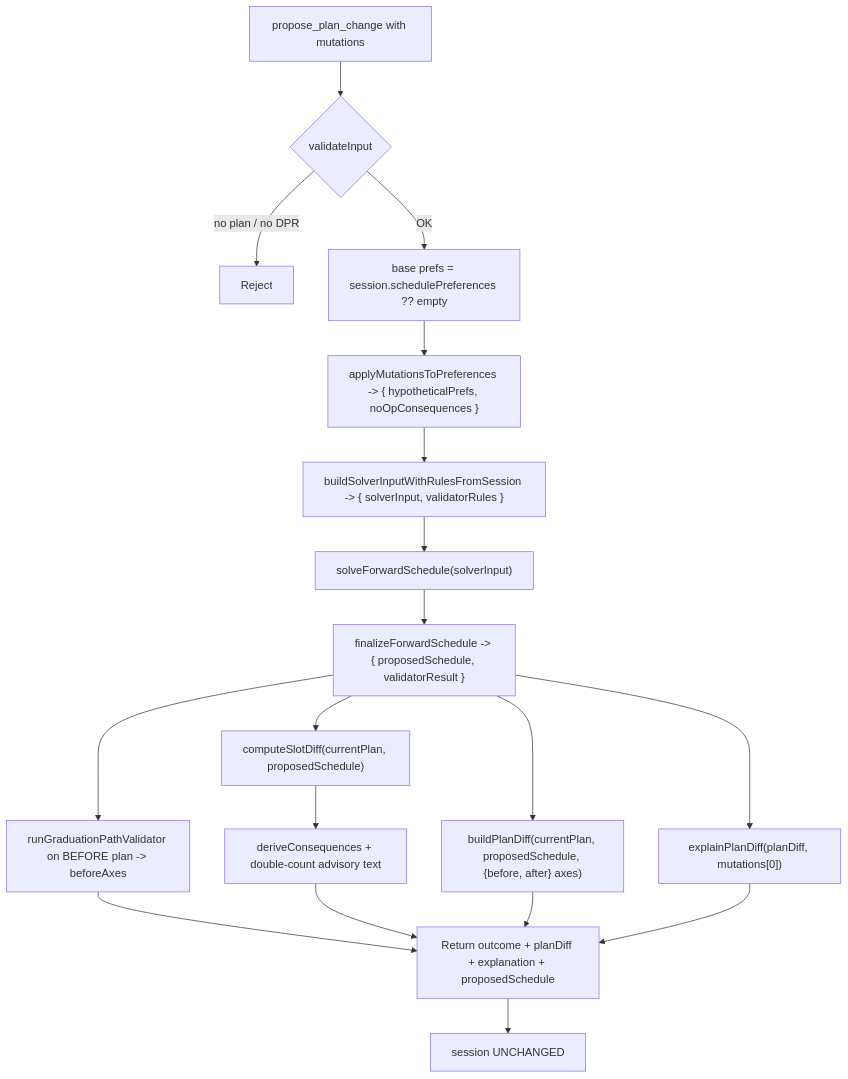
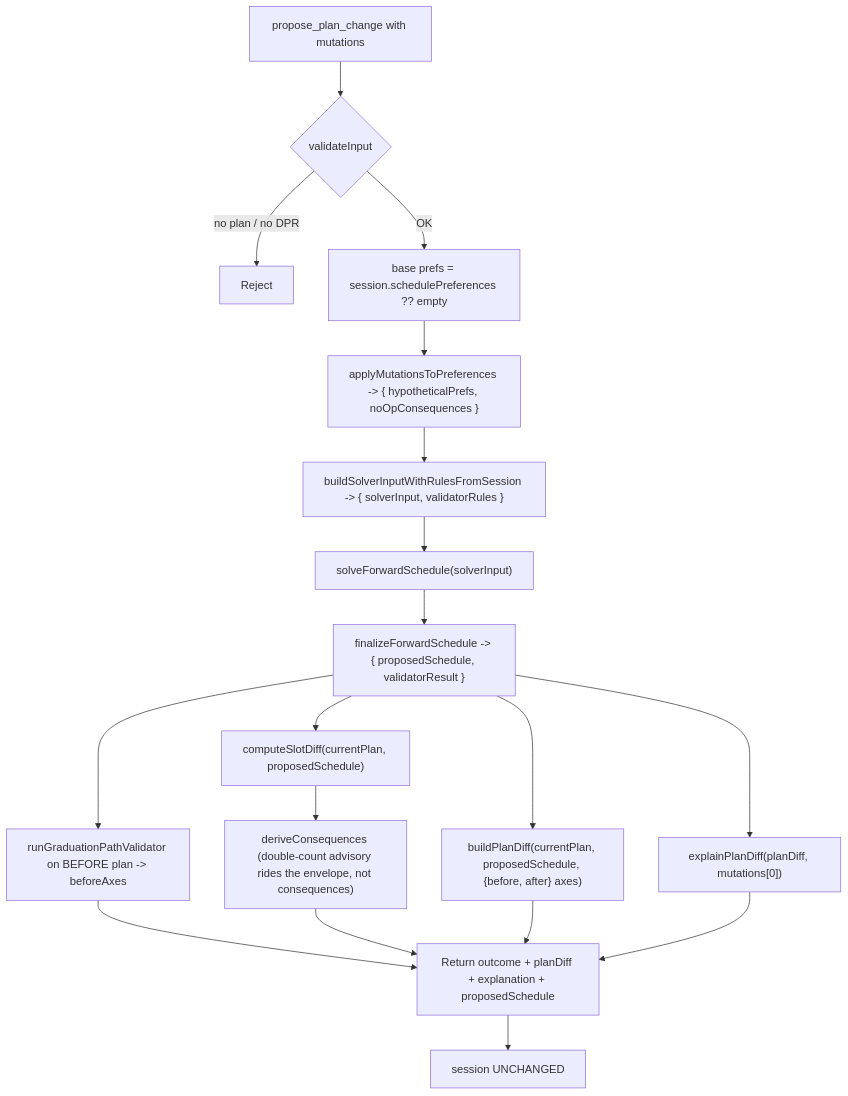
Before and after one commit to EdoardoMongardi/NYU_Path: the second of 3 diagrams in Docs/current-system/tools/propose_plan_change.md, drawn with Mermaid. The commit also changed other lines of this file and 4 other files, not shown here.

First line of the commit message:
docs(current-system): note double-count advisory now cited on propose/confirm/simulate (D3.2)

````diff
--- a/Docs/current-system/tools/propose_plan_change.md
+++ b/Docs/current-system/tools/propose_plan_change.md
@@ -105,20 +105,20 @@
 ```mermaid
 flowchart TD
     A[propose_plan_change with mutations] --> B{validateInput}
     B -- no plan / no DPR --> Bx[Reject]
     B -- OK --> C[base prefs = session.schedulePreferences ?? empty]
     C --> D["applyMutationsToPreferences -> { hypotheticalPrefs, noOpConsequences }"]
     D --> E["buildSolverInputWithRulesFromSession -> { solverInput, validatorRules }"]
     E --> F["solveForwardSchedule(solverInput)"]
     F --> G["finalizeForwardSchedule -> { proposedSchedule, validatorResult }"]
     G --> H["runGraduationPathValidator on BEFORE plan -> beforeAxes"]
     G --> I["computeSlotDiff(currentPlan, proposedSchedule)"]
-    I --> J["deriveConsequences + double-count advisory text"]
+    I --> J["deriveConsequences (double-count advisory rides the envelope, not consequences)"]
     G --> K["buildPlanDiff(currentPlan, proposedSchedule, {before, after} axes)"]
     G --> L["explainPlanDiff(planDiff, mutations[0])"]
     H --> M[Return outcome + planDiff + explanation + proposedSchedule]
     J --> M
     K --> M
     L --> M
     M --> N[session UNCHANGED]
 ```
````
